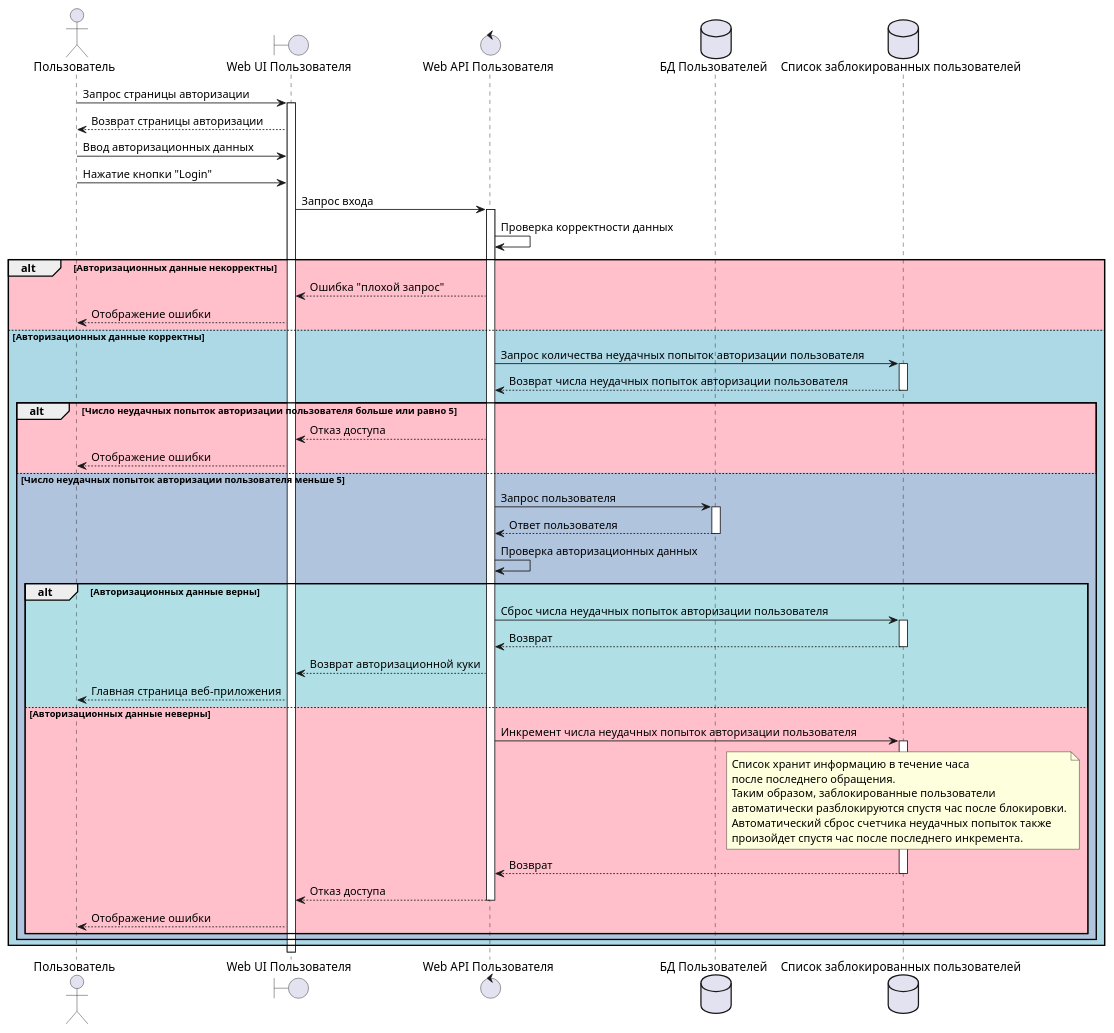
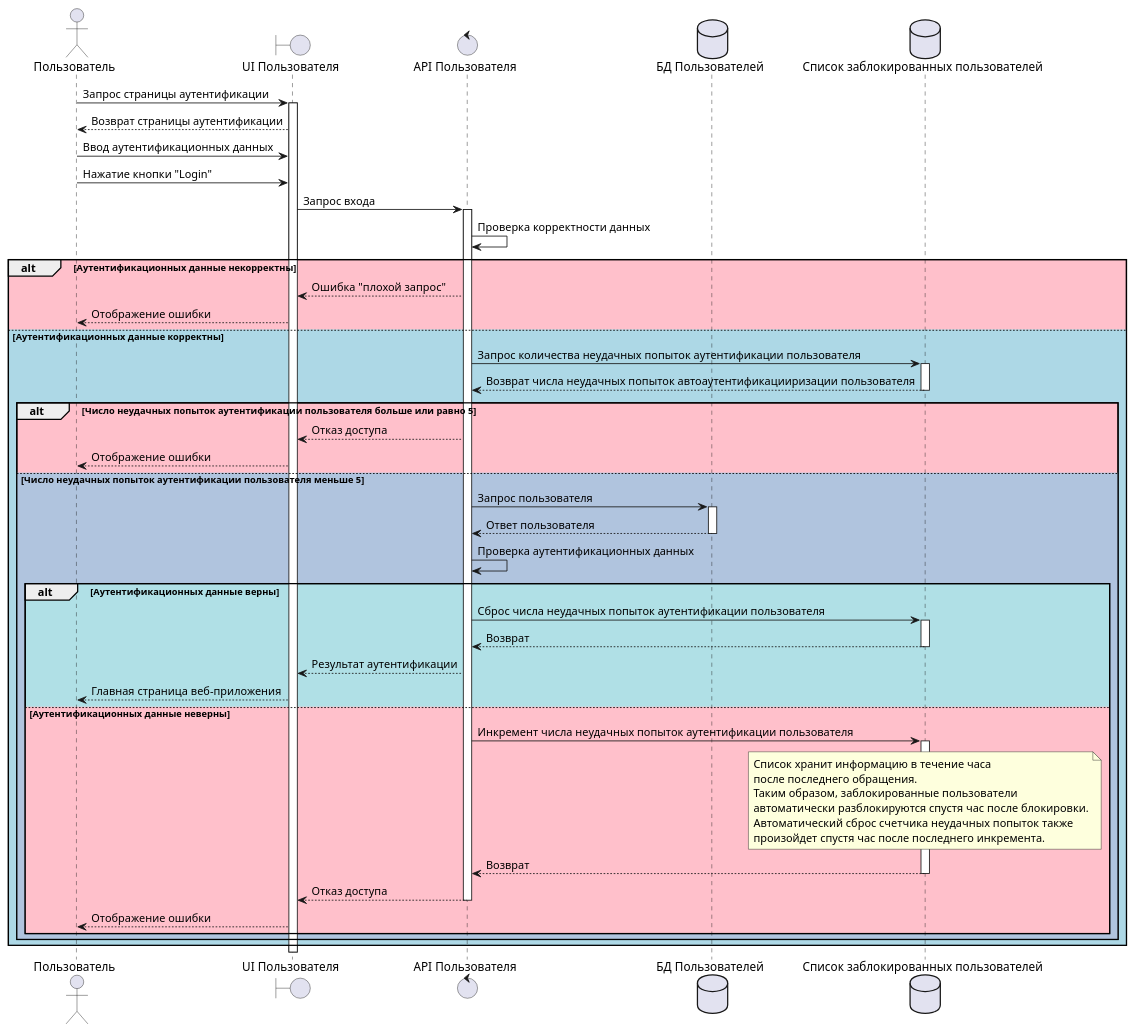
The second of 5 diagrams in docs/diagrams/sequence/User.WebApp.puml (mrypdm/JobSystem), drawn with PlantUML before and after one commit. The commit also changed other lines of this file and 7 other files, not shown here.

Commit message:
diagrams fixes

```diff
--- a/docs/diagrams/sequence/User.WebApp.puml
+++ b/docs/diagrams/sequence/User.WebApp.puml
@@ -33,64 +33,64 @@
 @startuml User sign in
 
 actor Пользователь as USER
-boundary "Web UI Пользователя" as UI
-control "Web API Пользователя" as API
+boundary "UI Пользователя" as UI
+control "API Пользователя" as API
 database "БД Пользователей" as DB
 database "Список заблокированных пользователей" as BLOCKED
 
-USER -> UI++: Запрос страницы авторизации
-UI --> USER: Возврат страницы авторизации
-USER -> UI: Ввод авторизационных данных
+USER -> UI++: Запрос страницы аутентификации
+UI --> USER: Возврат страницы аутентификации
+USER -> UI: Ввод аутентификационных данных
 USER -> UI: Нажатие кнопки "Login"
 UI -> API++: Запрос входа
 API -> API: Проверка корректности данных
 
-alt #Pink Авторизационных данные некорректны
+alt #Pink Аутентификационных данные некорректны
 
     API --> UI: Ошибка "плохой запрос"
     UI --> USER: Отображение ошибки
 
-else #LightBlue Авторизационных данные корректны
+else #LightBlue Аутентификационных данные корректны
 
-    API -> BLOCKED++: Запрос количества неудачных попыток авторизации пользователя
-    BLOCKED --> API--: Возврат числа неудачных попыток авторизации пользователя
+    API -> BLOCKED++: Запрос количества неудачных попыток аутентификации пользователя
+    BLOCKED --> API--: Возврат числа неудачных попыток автоаутентификацииризации пользователя
 
-    alt #Pink Число неудачных попыток авторизации пользователя больше или равно 5
+    alt #Pink Число неудачных попыток аутентификации пользователя больше или равно 5
         API --> UI: Отказ доступа
         UI --> USER: Отображение ошибки
 
-    else #LightSteelBlue Число неудачных попыток авторизации пользователя меньше 5
+    else #LightSteelBlue Число неудачных попыток аутентификации пользователя меньше 5
 
         API -> DB++: Запрос пользователя
         DB --> API--: Ответ пользователя
-        API -> API: Проверка авторизационных данных
+        API -> API: Проверка аутентификационных данных
 
-        alt #PowderBlue Авторизационных данные верны
+        alt #PowderBlue Аутентификационных данные верны
 
-            API -> BLOCKED++: Сброс числа неудачных попыток авторизации пользователя
+            API -> BLOCKED++: Сброс числа неудачных попыток аутентификации пользователя
             BLOCKED --> API--: Возврат
-            API --> UI: Возврат авторизационной куки
+            API --> UI: Результат аутентификации
             UI --> USER: Главная страница веб-приложения
 
-        else #Pink Авторизационных данные неверны
+        else #Pink Аутентификационных данные неверны
 
-            API -> BLOCKED++: Инкремент числа неудачных попыток авторизации пользователя
+            API -> BLOCKED++: Инкремент числа неудачных попыток аутентификации пользователя
             note over BLOCKED
                 Список хранит информацию в течение часа
                 после последнего обращения.
                 Таким образом, заблокированные пользователи
                 автоматически разблокируются спустя час после блокировки.
                 Автоматический сброс счетчика неудачных попыток также
                 произойдет спустя час после последнего инкремента.
             end note
             BLOCKED --> API--: Возврат
             API --> UI--: Отказ доступа
             UI --> USER: Отображение ошибки
 
         end
 
     end
 
 end
 
 @enduml
```
